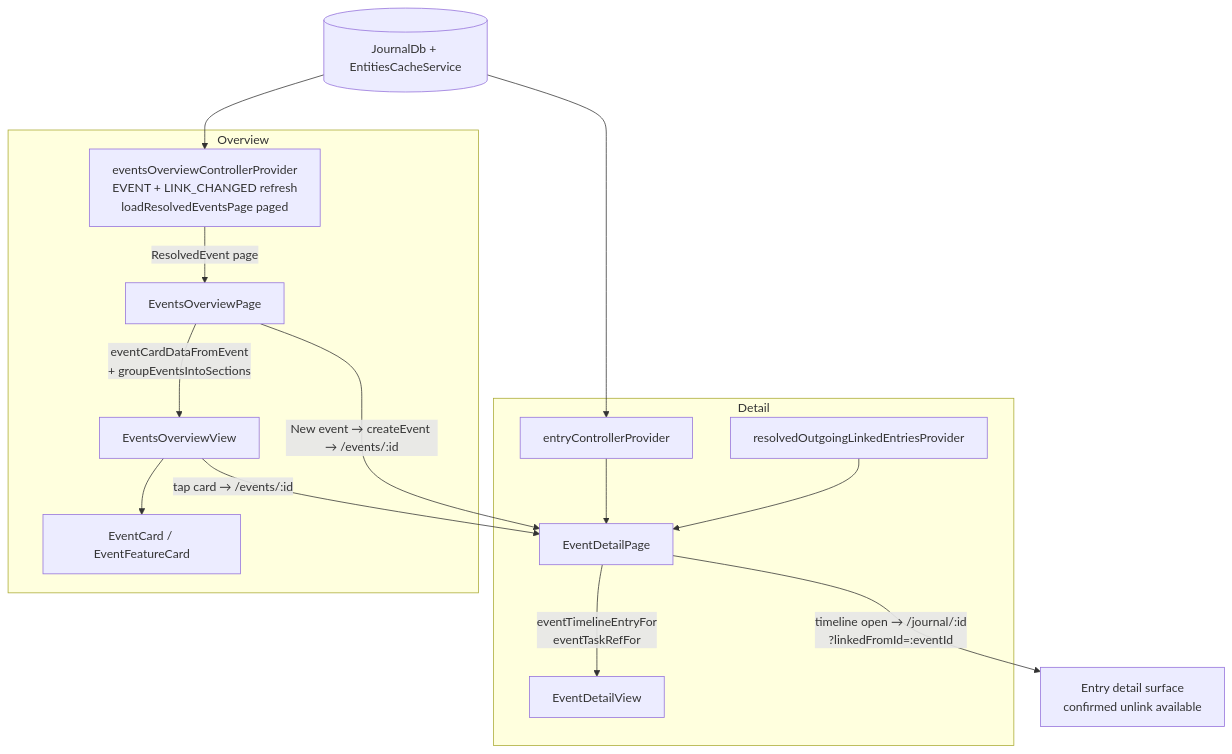
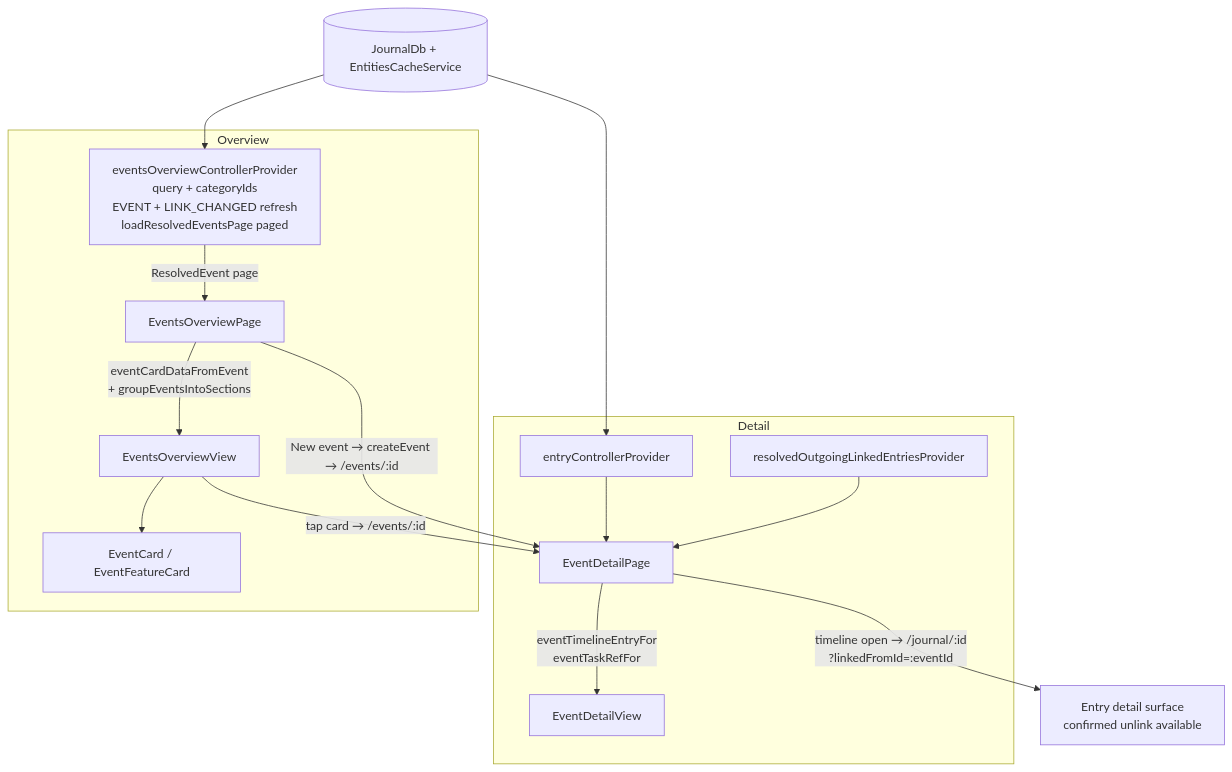
Before and after one commit to matthiasn/lotti: the first of 2 diagrams in knowledge/features/events.md, drawn with Mermaid. The commit also changed other lines of this file and 45 other files, not shown here.

First line of the commit message:
feat(events): working search and a Tasks-style filter in the overview header

````diff
--- a/knowledge/features/events.md
+++ b/knowledge/features/events.md
@@ -36,22 +36,22 @@
 ```mermaid
 flowchart TD
     DB[(JournalDb + EntitiesCacheService)]
 
     subgraph Overview
-      ESP[eventsOverviewControllerProvider<br/>EVENT + LINK_CHANGED refresh<br/>loadResolvedEventsPage paged] -->|ResolvedEvent page| OP[EventsOverviewPage]
+      ESP[eventsOverviewControllerProvider<br/>query + categoryIds<br/>EVENT + LINK_CHANGED refresh<br/>loadResolvedEventsPage paged] -->|ResolvedEvent page| OP[EventsOverviewPage]
       OP -->|eventCardDataFromEvent<br/>+ groupEventsIntoSections| OV[EventsOverviewView]
       OV --> CARD[EventCard / EventFeatureCard]
     end
 
     subgraph Detail
       EC[entryControllerProvider] --> DP[EventDetailPage]
       RLE[resolvedOutgoingLinkedEntriesProvider] --> DP
       DP -->|eventTimelineEntryFor<br/>eventTaskRefFor| DV[EventDetailView]
     end
 
     DB --> ESP
     DB --> EC
     OV -->|tap card → /events/:id| DP
     OP -->|New event → createEvent → /events/:id| DP
     DP -->|timeline open → /journal/:id<br/>?linkedFromId=:eventId| LEGACY[Entry detail surface<br/>confirmed unlink available]
 ```
````
